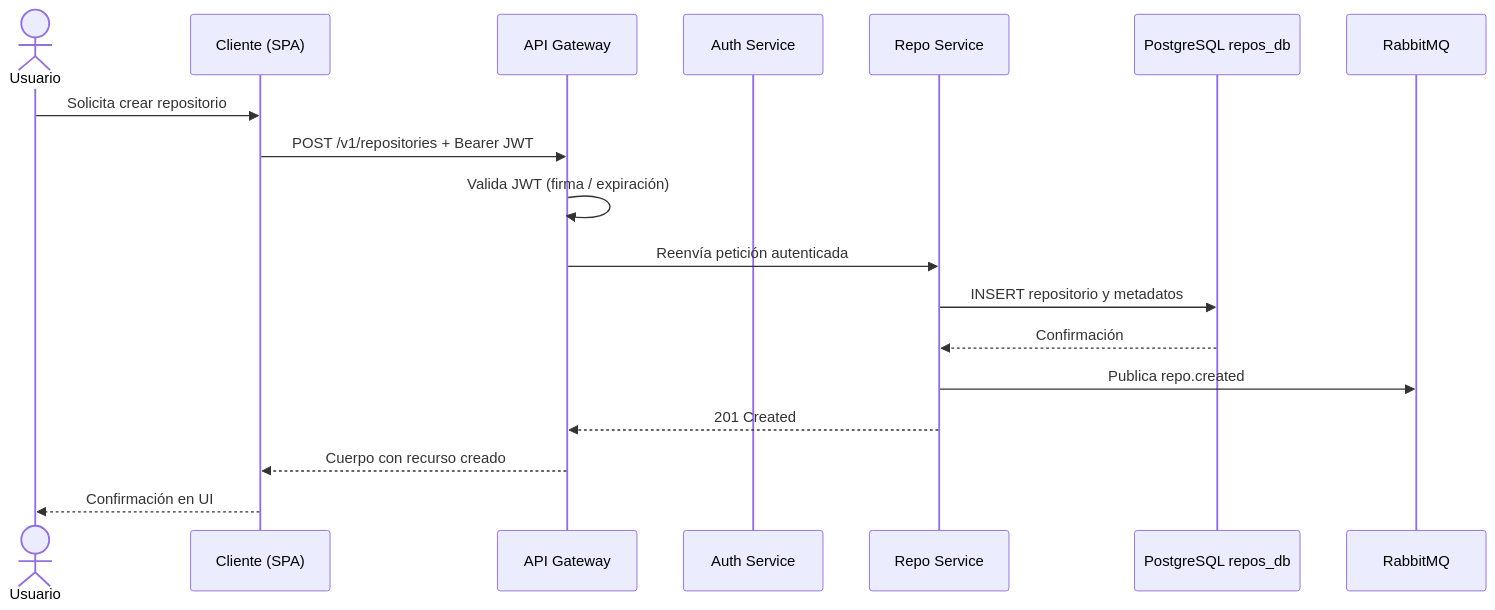
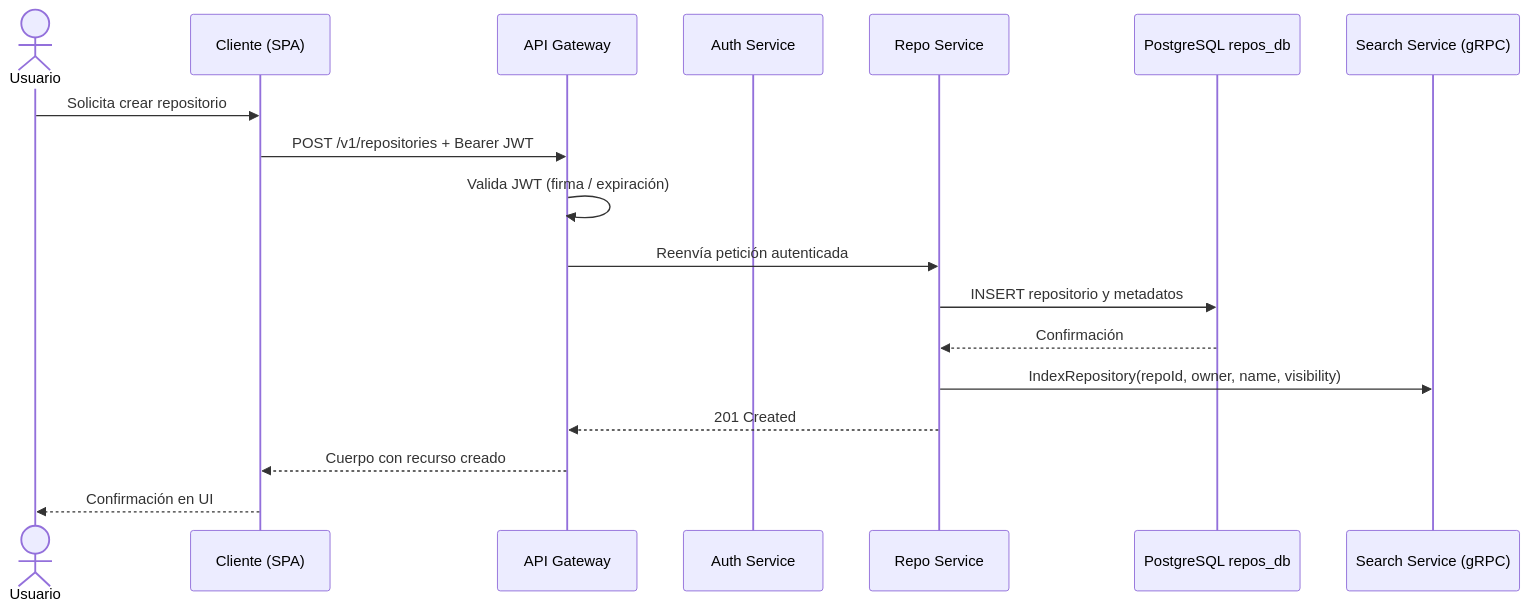
The first of 3 diagrams in docs/semana1/Github - Diseño Técnico.md (dtarqui/github-docs), drawn with Mermaid before and after one commit. The commit also changed other lines of this file and 1 other file, not shown here.

Commit message:
docs: update internal communication details to reflect gRPC usage instead of RabbitMQ

````diff
--- a/docs/semana1/Github - Diseño Técnico.md
+++ b/docs/semana1/Github - Diseño Técnico.md
@@ -277,21 +277,21 @@
 ```mermaid
 sequenceDiagram
     actor Usuario
     participant SPA as Cliente (SPA)
     participant GW as API Gateway
     participant Auth as Auth Service
     participant Repo as Repo Service
     participant DB as PostgreSQL repos_db
-    participant Bus as RabbitMQ
+   participant Search as Search Service (gRPC)
 
     Usuario->>SPA: Solicita crear repositorio
     SPA->>GW: POST /v1/repositories + Bearer JWT
     GW->>GW: Valida JWT (firma / expiración)
     GW->>Repo: Reenvía petición autenticada
     Repo->>DB: INSERT repositorio y metadatos
     DB-->>Repo: Confirmación
-    Repo->>Bus: Publica repo.created
+   Repo->>Search: IndexRepository(repoId, owner, name, visibility)
     Repo-->>GW: 201 Created
     GW-->>SPA: Cuerpo con recurso creado
     SPA-->>Usuario: Confirmación en UI
 ```
````
